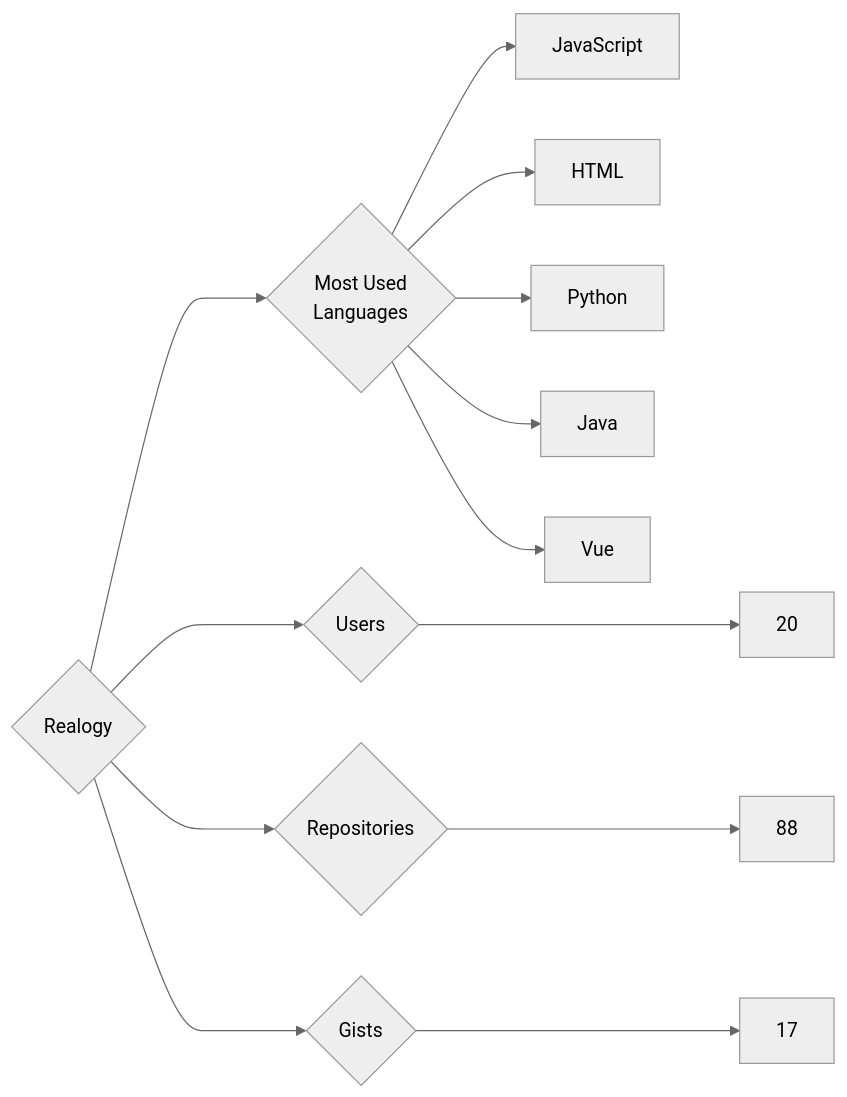
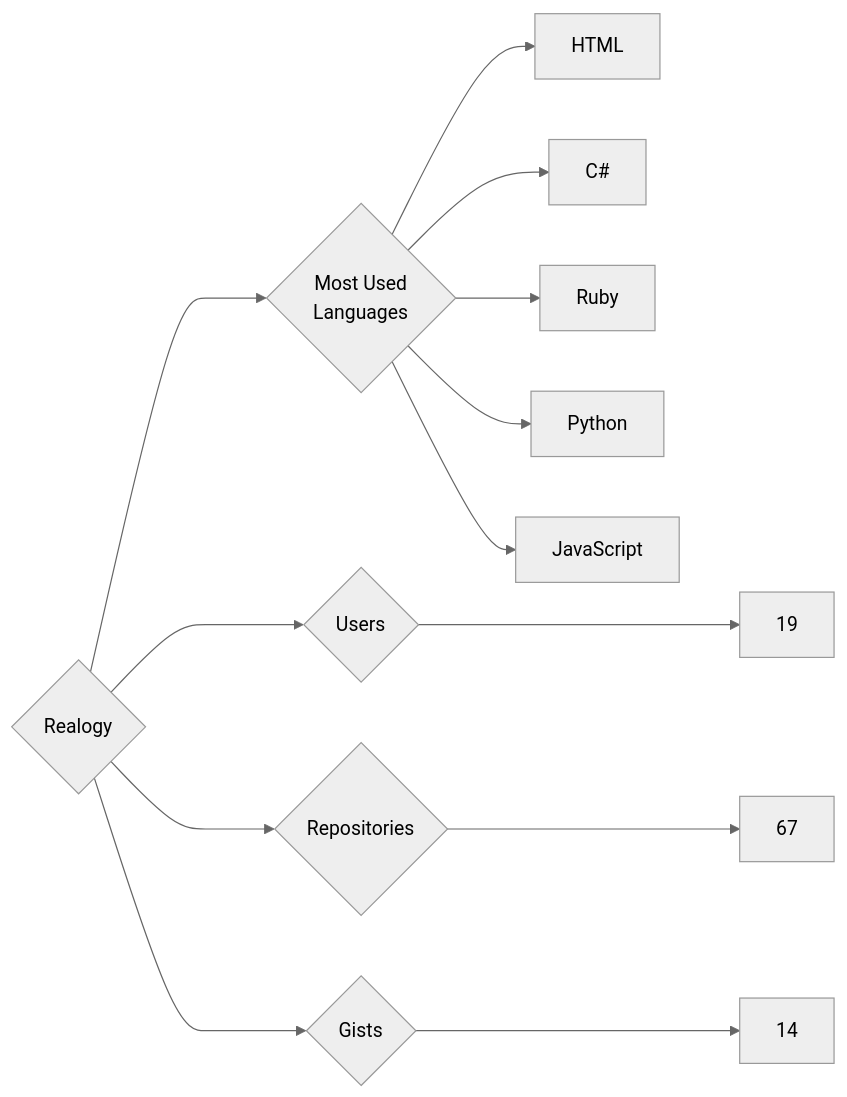
The diagram in targets/Realogy/README.md (trickest/insiders), drawn with Mermaid (neutral theme) before and after one commit. The commit also changed 806 other files, not shown here.

````diff
--- a/targets/Realogy/README.md
+++ b/targets/Realogy/README.md
@@ -3,13 +3,13 @@
 ```mermaid
 graph LR
 COMPANY_NAME{Realogy}
-COMPANY_NAME ---> U{Users} ---> UN[20]
-COMPANY_NAME ---> R{Repositories} ---> RN[88]
-COMPANY_NAME ---> G{Gists} ---> GN[17]
+COMPANY_NAME ---> U{Users} ---> UN[19]
+COMPANY_NAME ---> R{Repositories} ---> RN[67]
+COMPANY_NAME ---> G{Gists} ---> GN[14]
 COMPANY_NAME ---> ML{Most Used<br>Languages}
+ML --> HTML[HTML]
+ML --> C#[C#]
+ML --> Ruby[Ruby]
+ML --> Python[Python]
 ML --> JavaScript[JavaScript]
-ML --> HTML[HTML]
-ML --> Python[Python]
-ML --> Java[Java]
-ML --> Vue[Vue]
 ```
````
